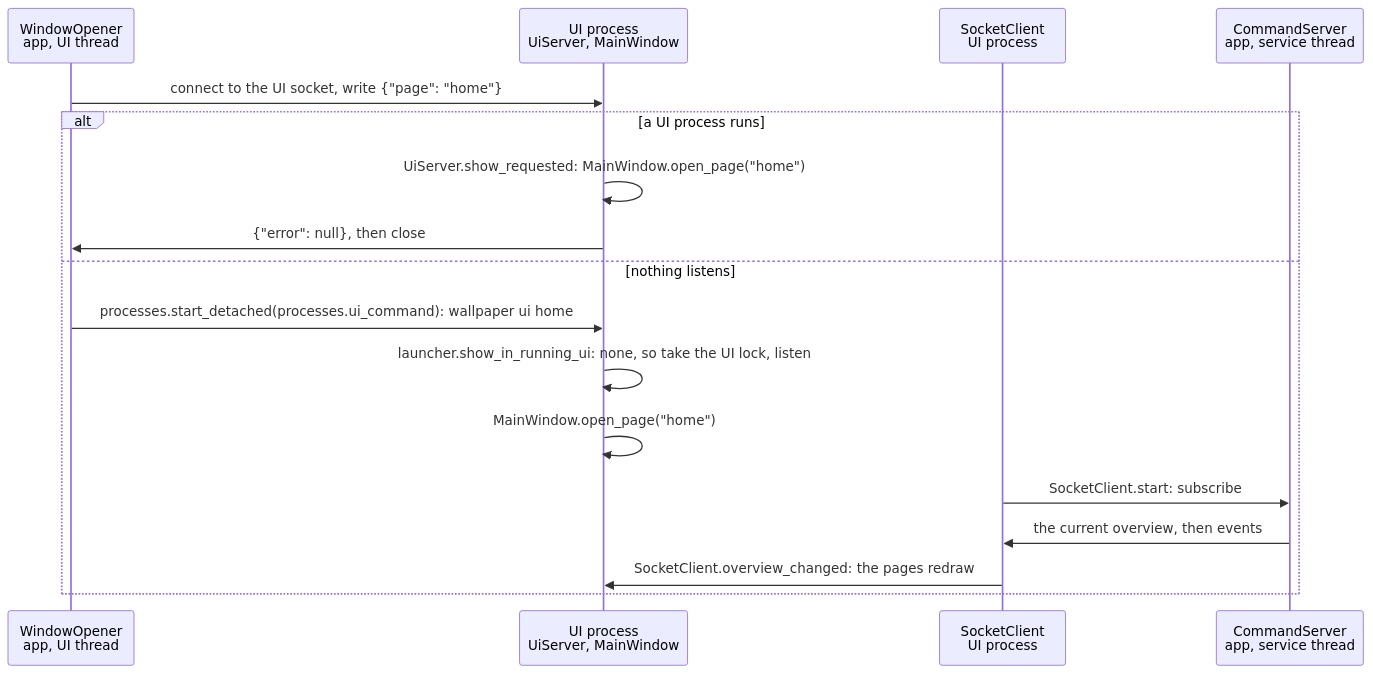
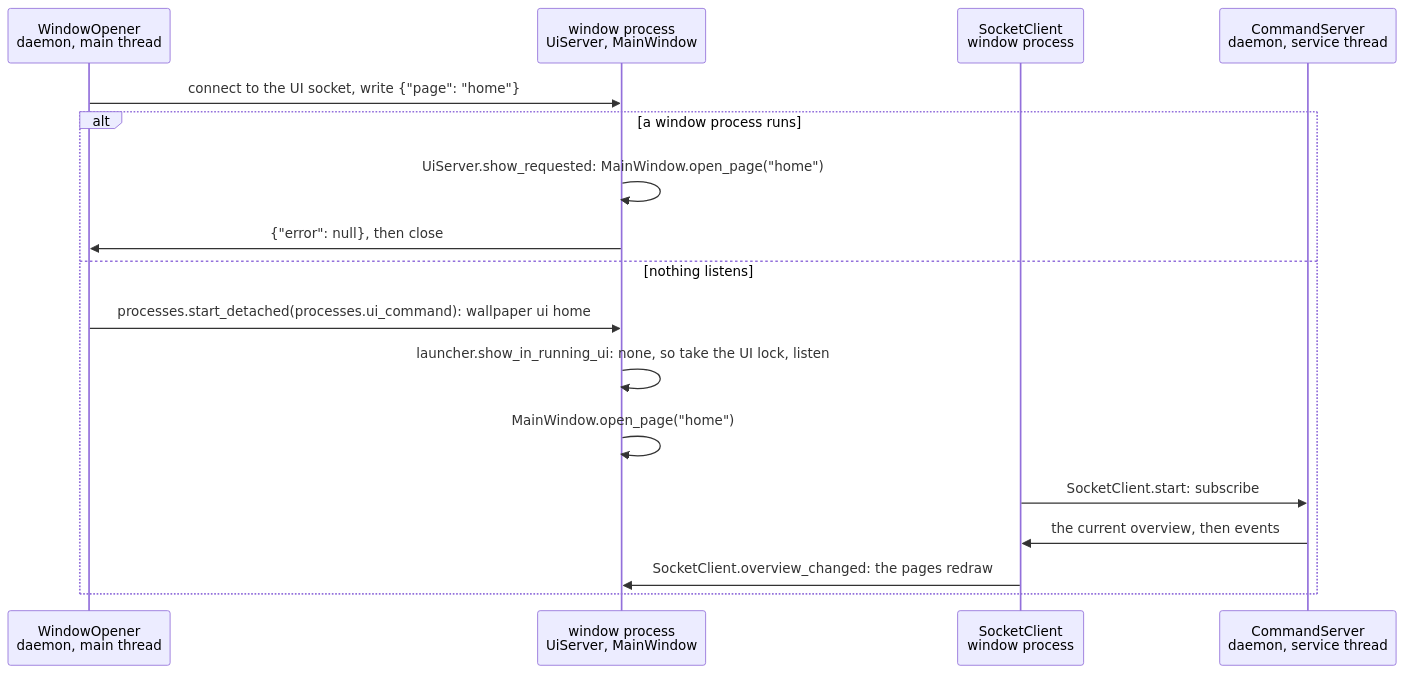
Before and after one commit to cheshire0xff/wallpaper_py: the fifth of 10 diagrams in docs/app-wiring.md, drawn with Mermaid. The commit also changed other lines of this file and 68 other files, not shown here.

````diff
--- a/docs/app-wiring.md
+++ b/docs/app-wiring.md
@@ -148,20 +148,20 @@
 ```mermaid
 sequenceDiagram
-    participant O as WindowOpener<br/>app, UI thread
-    participant U as UI process<br/>UiServer, MainWindow
-    participant C as SocketClient<br/>UI process
-    participant S as CommandServer<br/>app, service thread
+    participant O as WindowOpener<br/>daemon, main thread
+    participant U as window process<br/>UiServer, MainWindow
+    participant C as SocketClient<br/>window process
+    participant S as CommandServer<br/>daemon, service thread
 
     O->>U: connect to the UI socket, write {"page": "home"}
-    alt a UI process runs
+    alt a window process runs
         U->>U: UiServer.show_requested: MainWindow.open_page("home")
         U->>O: {"error": null}, then close
     else nothing listens
         O->>U: processes.start_detached(processes.ui_command): wallpaper ui home
         U->>U: launcher.show_in_running_ui: none, so take the UI lock, listen
         U->>U: MainWindow.open_page("home")
         C->>S: SocketClient.start: subscribe
         S->>C: the current overview, then events
         C->>U: SocketClient.overview_changed: the pages redraw
     end
 ```
````
